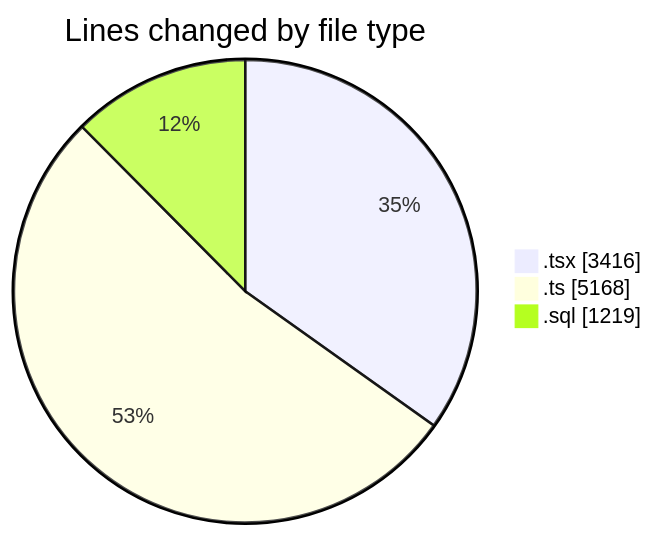
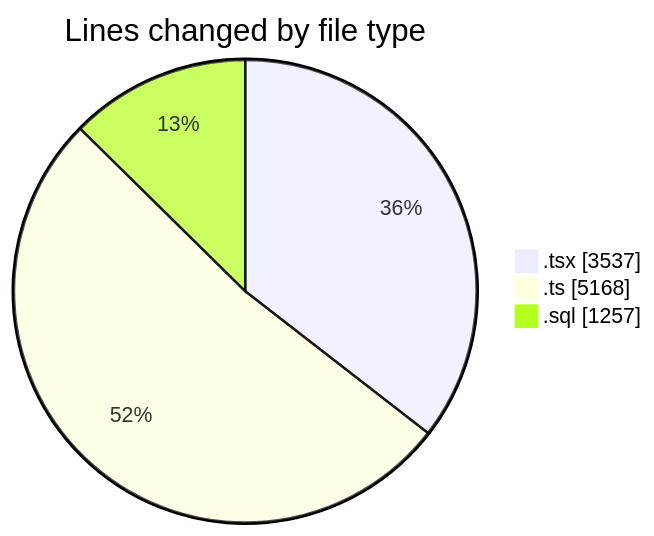
Before and after one commit to lephambinh05/code-tracking: the first of 2 diagrams in 2025-09-05/hiai-phf/README.md, drawn with Mermaid. The commit also changed other lines of this file and 1 other file, not shown here.

````diff
--- a/2025-09-05/hiai-phf/README.md
+++ b/2025-09-05/hiai-phf/README.md
@@ -80,7 +81,7 @@
 ```mermaid
 pie showData
 title Lines changed by file type
-".tsx" : 3416
+".tsx" : 3537
 ".ts" : 5168
-".sql" : 1219
+".sql" : 1257
 ```
````
